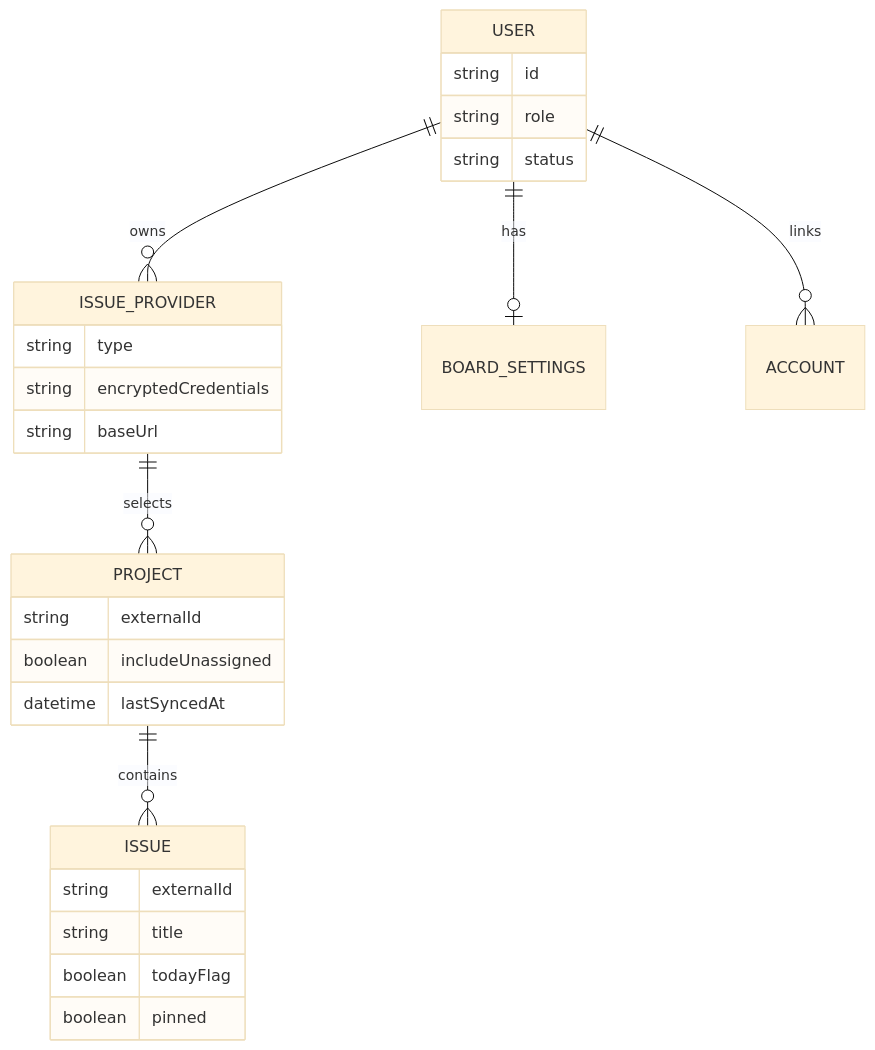
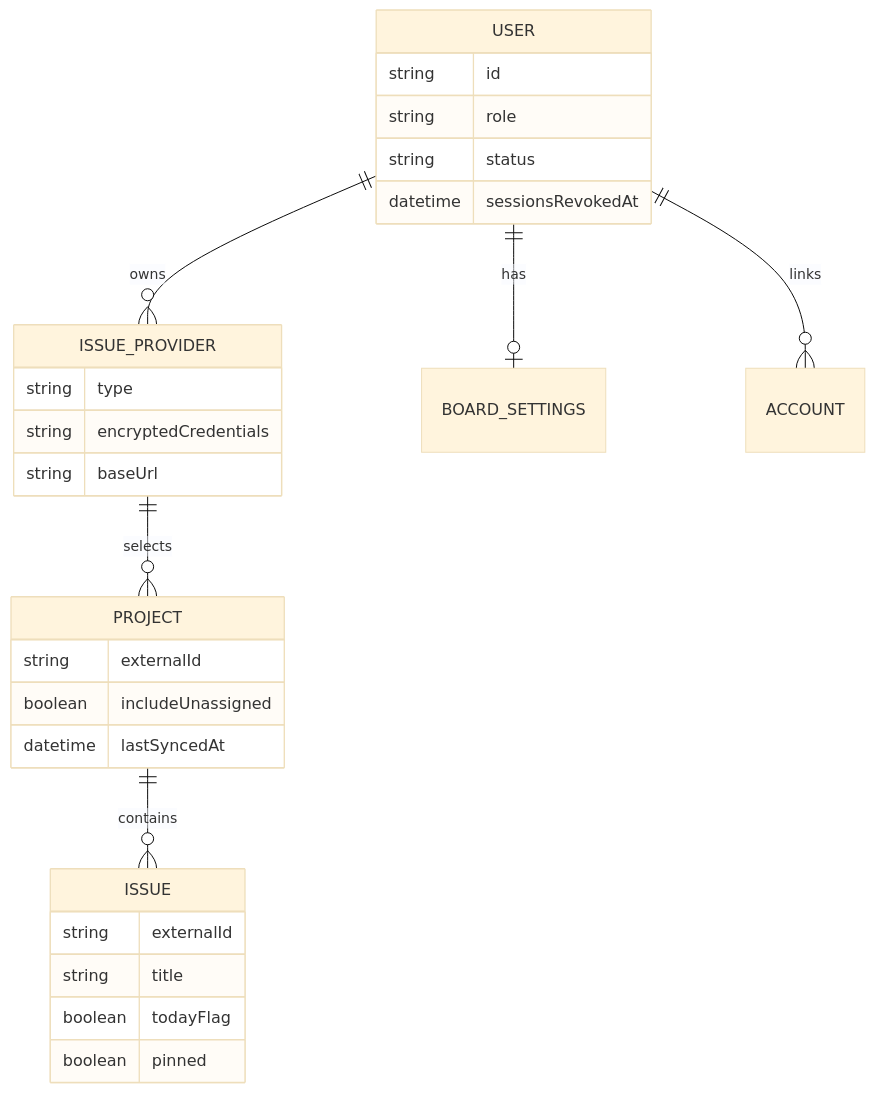
The diagram in openwiki/domain/data-model.md (haru/sealion), drawn with Mermaid (base theme) before and after one commit. The commit also changed other lines of this file and 4 other files, not shown here.

````diff
--- a/openwiki/domain/data-model.md
+++ b/openwiki/domain/data-model.md
@@ -14,29 +14,30 @@
 ```mermaid
 erDiagram
     USER ||--o{ ISSUE_PROVIDER : owns
     ISSUE_PROVIDER ||--o{ PROJECT : selects
     PROJECT ||--o{ ISSUE : contains
     USER ||--o| BOARD_SETTINGS : has
     USER ||--o{ ACCOUNT : links
     USER {
         string id
         string role
         string status
+        datetime sessionsRevokedAt
     }
     ISSUE_PROVIDER {
         string type
         string encryptedCredentials
         string baseUrl
     }
     PROJECT {
         string externalId
         boolean includeUnassigned
         datetime lastSyncedAt
     }
     ISSUE {
         string externalId
         string title
         boolean todayFlag
         boolean pinned
     }
 ```
````
